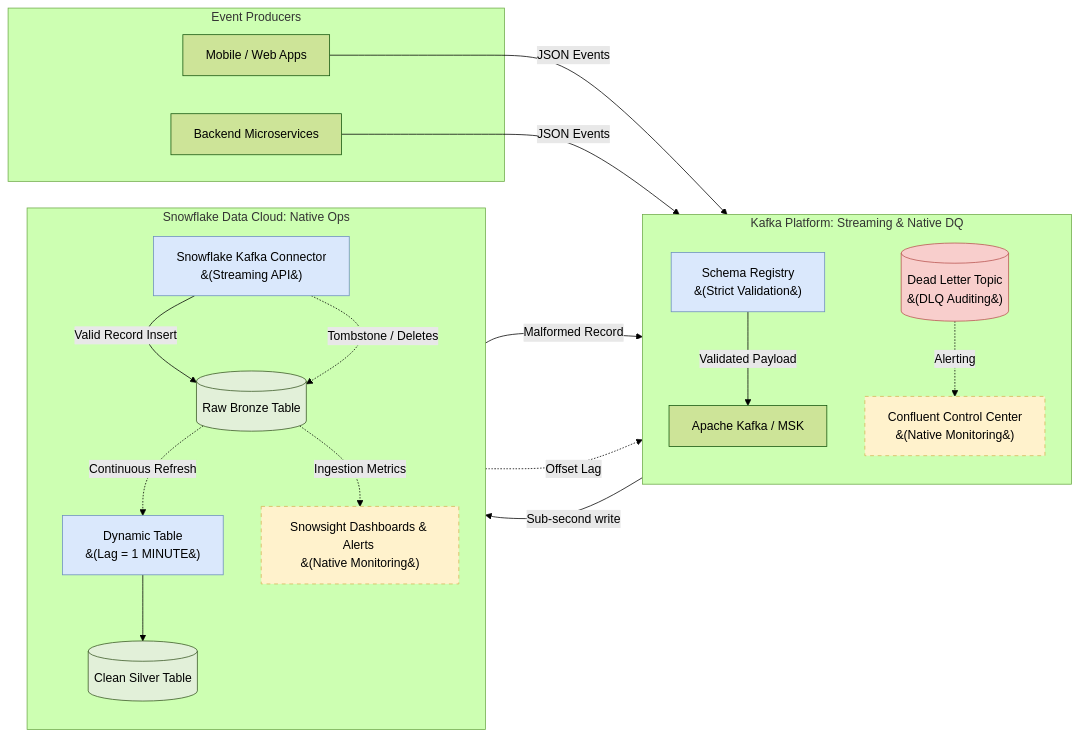
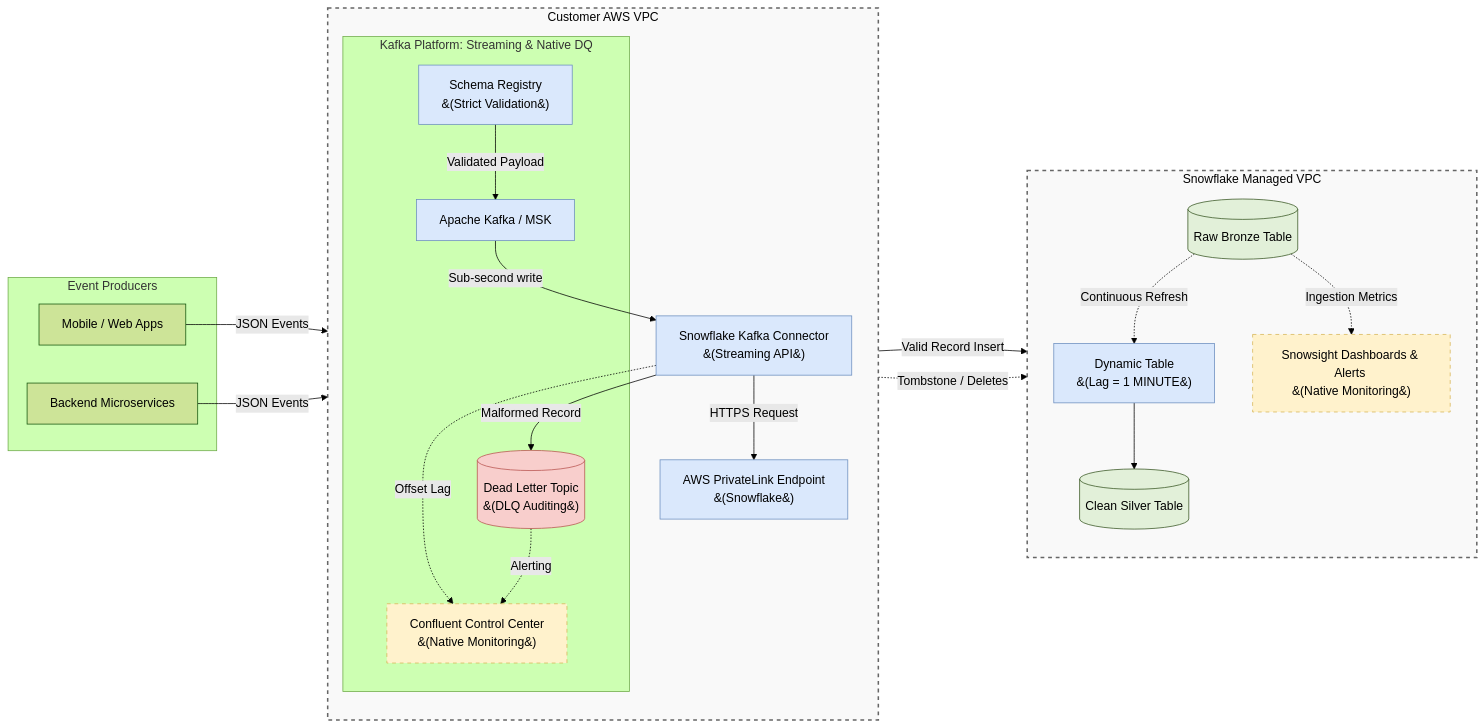
One commit to toanbui626391/data_architect changed the diagram in snowflake/realtime_streaming_architecture_document.md. Above: the diagram before and after it, drawn with Mermaid (forest theme). The commit also changed other lines of this file and 1 other file, not shown here.

````diff
--- a/snowflake/realtime_streaming_architecture_document.md
+++ b/snowflake/realtime_streaming_architecture_document.md
@@ -24,54 +24,60 @@
 ```mermaid
 flowchart LR
     subgraph DataProducers [Event Producers]
         App["Mobile / Web Apps"]
         Microservices["Backend Microservices"]
     end
 
-    subgraph MessageBus [Kafka Platform: Streaming & Native DQ]
+    subgraph CustomerVPC [Customer AWS VPC]
         direction TB
-        Registry["Schema Registry <br>&#40;Strict Validation&#41;"]
-        Kafka["Apache Kafka / MSK"]
-        DLT[("Dead Letter Topic <br>&#40;DLQ Auditing&#41;")]
-        C3["Confluent Control Center <br>&#40;Native Monitoring&#41;"]
+        subgraph MessageBus [Kafka Platform: Streaming & Native DQ]
+            Registry["Schema Registry <br>&#40;Strict Validation&#41;"]
+            Kafka["Apache Kafka / MSK"]
+            DLT[("Dead Letter Topic <br>&#40;DLQ Auditing&#41;")]
+            C3["Confluent Control Center <br>&#40;Native Monitoring&#41;"]
+        end
+        Connector["Snowflake Kafka Connector <br>&#40;Streaming API&#41;"]
+        VPCE["AWS PrivateLink Endpoint <br>&#40;Snowflake&#41;"]
     end
 
-    subgraph Snowflake [Snowflake Data Cloud: Native Ops]
+    subgraph Snowflake [Snowflake Managed VPC]
         direction TB
-        Connector["Snowflake Kafka Connector <br>&#40;Streaming API&#41;"]
         Table[("Raw Bronze Table")]
         DT["Dynamic Table <br>&#40;Lag = 1 MINUTE&#41;"]
         Silver[("Clean Silver Table")]
         Snowsight["Snowsight Dashboards & Alerts <br>&#40;Native Monitoring&#41;"]
     end
 
     App -->|JSON Events| Registry
     Microservices -->|JSON Events| Registry
     Registry -->|Validated Payload| Kafka
     
     Kafka -->|Sub-second write| Connector
+    Connector -->|HTTPS Request| VPCE
     
     %% Handling Discrepancies at the Connector
     Connector -->|Malformed Record| DLT
-    Connector -->|Valid Record Insert| Table
-    Connector -.->|Tombstone / Deletes| Table
+    VPCE -->|Valid Record Insert| Table
+    VPCE -.->|Tombstone / Deletes| Table
     
     Table -.->|Continuous Refresh| DT
     DT --> Silver
     
     %% Native Observability Links
     Connector -.->|Offset Lag| C3
     DLT -.->|Alerting| C3
     Table -.->|Ingestion Metrics| Snowsight
 
     %% Styling
     classDef storage fill:#e2f0d9,stroke:#385723,stroke-width:1px,color:#000;
     classDef bad fill:#f8cecc,stroke:#b85450,stroke-width:1px,color:#000;
     classDef process fill:#dae8fc,stroke:#6c8ebf,stroke-width:1px,color:#000;
     classDef monitor fill:#fff2cc,stroke:#d6b656,stroke-width:1px,color:#000,stroke-dasharray: 5 5;
+    classDef network fill:#f9f9f9,stroke:#666,stroke-width:2px,color:#000,stroke-dasharray: 5 5;
     
     class Table,Silver storage;
     class DLT bad;
-    class Connector,DT,Registry process;
+    class Connector,DT,Registry,Kafka,VPCE process;
     class C3,Snowsight monitor;
+    class CustomerVPC,Snowflake network;
 ```
````
